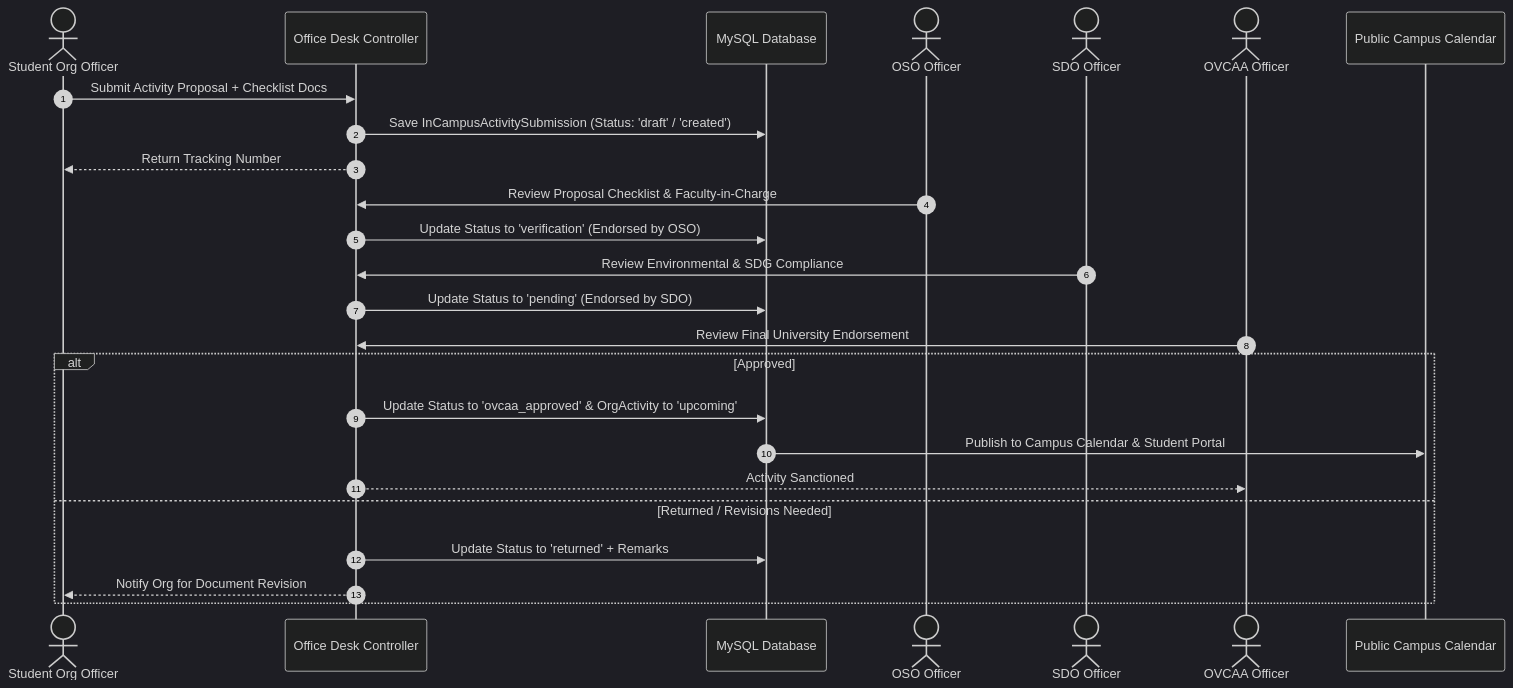
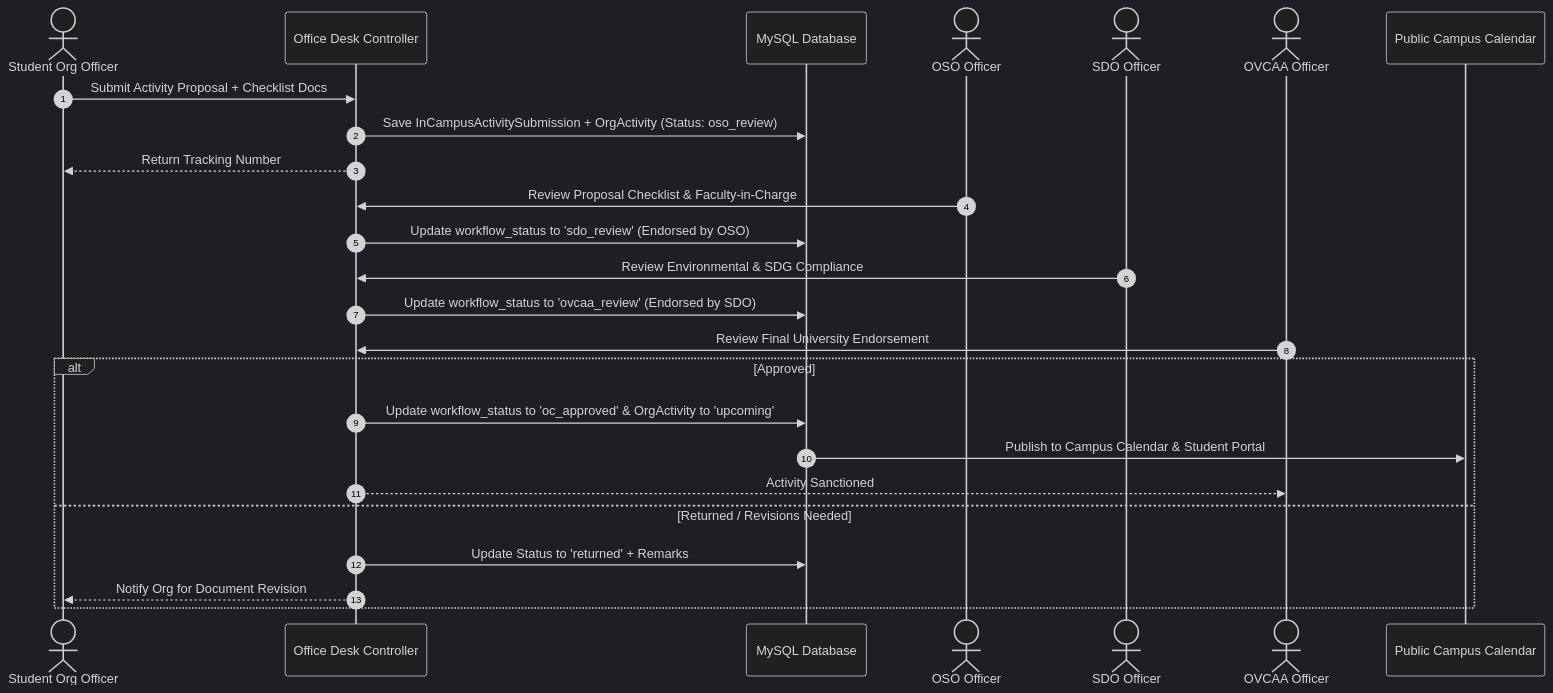
The first of 3 diagrams in ORGCHAIN/01 - System Architecture/End-to-End Data Flow.md (chals1029/OrgChainProject), drawn with Mermaid (dark theme) before and after one commit. The commit also changed other lines of this file and 285 other files, not shown here.

Commit message:
Add student organization renewal qualification and status monitor for OSO

````diff
--- a/ORGCHAIN/01 - System Architecture/End-to-End Data Flow.md
+++ b/ORGCHAIN/01 - System Architecture/End-to-End Data Flow.md
@@ -21,31 +21,31 @@
 ```mermaid
 sequenceDiagram
     autonumber
     actor SO as Student Org Officer
     participant OD as Office Desk Controller
     participant DB as MySQL Database
     actor OSO as OSO Officer
     actor SDO as SDO Officer
     actor OVCAA as OVCAA Officer
     participant CAL as Public Campus Calendar
 
     SO->>OD: Submit Activity Proposal + Checklist Docs
-    OD->>DB: Save InCampusActivitySubmission (Status: 'draft' / 'created')
+    OD->>DB: Save InCampusActivitySubmission + OrgActivity (Status: oso_review)
     OD-->>SO: Return Tracking Number
 
     OSO->>OD: Review Proposal Checklist & Faculty-in-Charge
-    OD->>DB: Update Status to 'verification' (Endorsed by OSO)
+    OD->>DB: Update workflow_status to 'sdo_review' (Endorsed by OSO)
 
     SDO->>OD: Review Environmental & SDG Compliance
-    OD->>DB: Update Status to 'pending' (Endorsed by SDO)
+    OD->>DB: Update workflow_status to 'ovcaa_review' (Endorsed by SDO)
 
     OVCAA->>OD: Review Final University Endorsement
     alt Approved
-        OD->>DB: Update Status to 'ovcaa_approved' & OrgActivity to 'upcoming'
+        OD->>DB: Update workflow_status to 'oc_approved' & OrgActivity to 'upcoming'
         DB->>CAL: Publish to Campus Calendar & Student Portal
         OD-->>OVCAA: Activity Sanctioned
     else Returned / Revisions Needed
         OD->>DB: Update Status to 'returned' + Remarks
         OD-->>SO: Notify Org for Document Revision
     end
 ```
````
